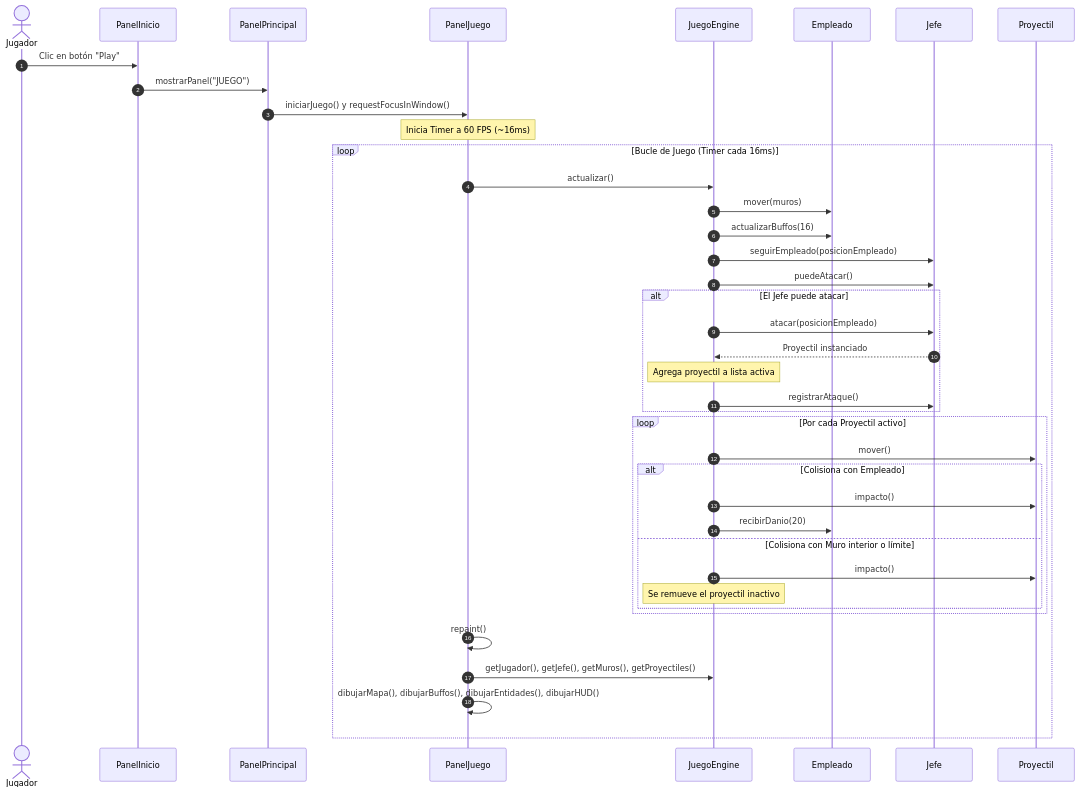
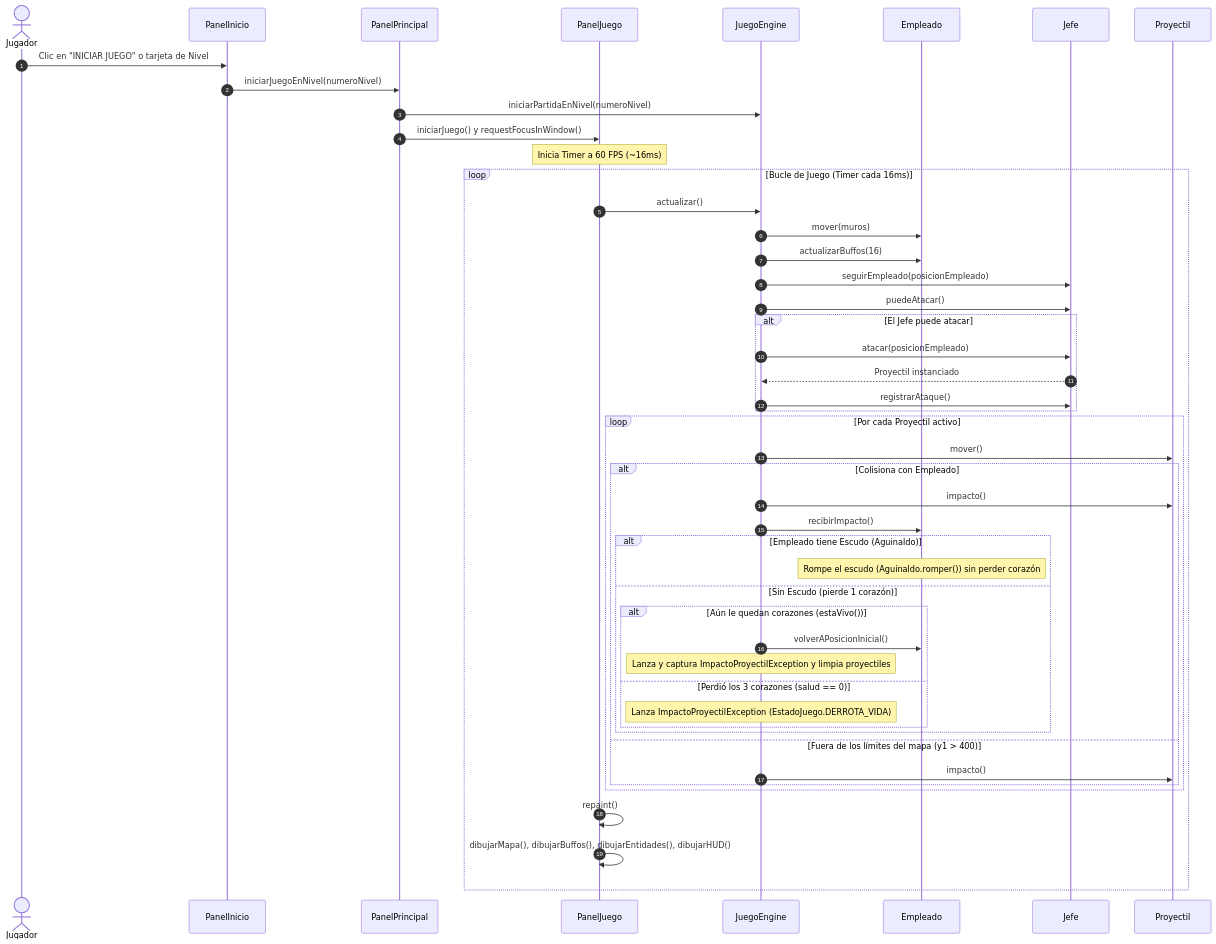
Before and after one commit to EspondaEmiliano/El-One-Piece-POO: the third of 3 diagrams in docs/README.md, drawn with Mermaid. The commit also changed other lines of this file and 23 other files, not shown here.

````diff
--- a/docs/README.md
+++ b/docs/README.md
@@ -420,54 +489,62 @@
 ```mermaid
 sequenceDiagram
     autonumber
     actor Jugador
     participant PI as PanelInicio
     participant PP as PanelPrincipal
     participant PJ as PanelJuego
     participant JE as JuegoEngine
     participant E as Empleado
     participant J as Jefe
     participant P as Proyectil
 
     %% 1. Inicio de partida
-    Jugador->>PI: Clic en botón "Play"
-    PI->>PP: mostrarPanel("JUEGO")
+    Jugador->>PI: Clic en "INICIAR JUEGO" o tarjeta de Nivel
+    PI->>PP: iniciarJuegoEnNivel(numeroNivel)
+    PP->>JE: iniciarPartidaEnNivel(numeroNivel)
     PP->>PJ: iniciarJuego() y requestFocusInWindow()
     Note over PJ: Inicia Timer a 60 FPS (~16ms)
 
     %% 2. Ciclo de actualización (Game Loop)
     loop Bucle de Juego (Timer cada 16ms)
         PJ->>JE: actualizar()
         
         %% Movimiento Empleado
         JE->>E: mover(muros)
         JE->>E: actualizarBuffos(16)
         
         %% Jefe e IA
         JE->>J: seguirEmpleado(posicionEmpleado)
         JE->>J: puedeAtacar()
         alt El Jefe puede atacar
             JE->>J: atacar(posicionEmpleado)
             J-->>JE: Proyectil instanciado
-            Note over JE: Agrega proyectil a lista activa
             JE->>J: registrarAtaque()
         end
 
         %% Balística y Colisiones
         loop Por cada Proyectil activo
             JE->>P: mover()
             alt Colisiona con Empleado
                 JE->>P: impacto()
-                JE->>E: recibirDanio(20)
-            else Colisiona con Muro interior o límite
+                JE->>E: recibirImpacto()
+                alt Empleado tiene Escudo (Aguinaldo)
+                    Note over E: Rompe el escudo (Aguinaldo.romper()) sin perder corazón
+                else Sin Escudo (pierde 1 corazón)
+                    alt Aún le quedan corazones (estaVivo())
+                        JE->>E: volverAPosicionInicial()
+                        Note over JE: Lanza y captura ImpactoProyectilException y limpia proyectiles
+                    else Perdió los 3 corazones (salud == 0)
+                        Note over JE: Lanza ImpactoProyectilException (EstadoJuego.DERROTA_VIDA)
+                    end
+                end
+            else Fuera de los límites del mapa (y1 > 400)
                 JE->>P: impacto()
-                Note over JE: Se remueve el proyectil inactivo
             end
         end
 
         %% 3. Redibujado en pantalla
         PJ->>PJ: repaint()
-        PJ->>JE: getJugador(), getJefe(), getMuros(), getProyectiles()
         PJ->>PJ: dibujarMapa(), dibujarBuffos(), dibujarEntidades(), dibujarHUD()
     end
 ```
````
